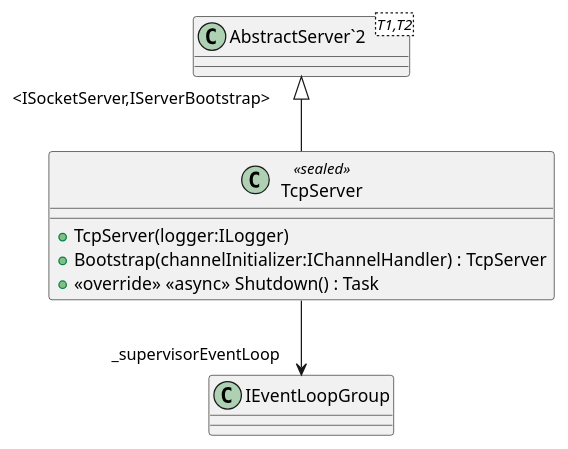
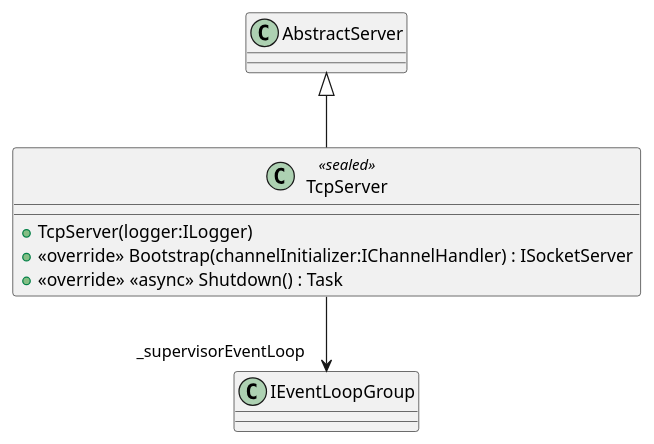
Before and after one commit to catalyst-network/Catalyst: the diagram in Documentation/UML/Catalyst.Node.Common/Helpers/IO/Inbound/TcpServer.puml, drawn with PlantUML. The commit also changed 20 other files, not shown here.

```diff
--- a/Documentation/UML/Catalyst.Node.Common/Helpers/IO/Inbound/TcpServer.puml
+++ b/Documentation/UML/Catalyst.Node.Common/Helpers/IO/Inbound/TcpServer.puml
@@ -1,11 +1,9 @@
 @startuml
 class TcpServer <<sealed>> {
     + TcpServer(logger:ILogger)
-    + Bootstrap(channelInitializer:IChannelHandler) : TcpServer
+    + <<override>> Bootstrap(channelInitializer:IChannelHandler) : ISocketServer
     + <<override>> <<async>> Shutdown() : Task
 }
-class "AbstractServer`2"<T1,T2> {
-}
-"AbstractServer`2" "<ISocketServer,IServerBootstrap>" <|-- TcpServer
+AbstractServer <|-- TcpServer
 TcpServer --> "_supervisorEventLoop" IEventLoopGroup
 @enduml
```
